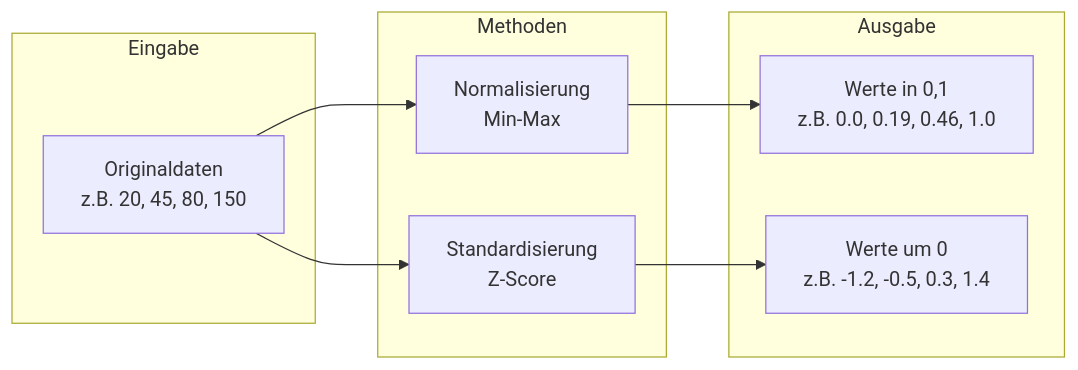
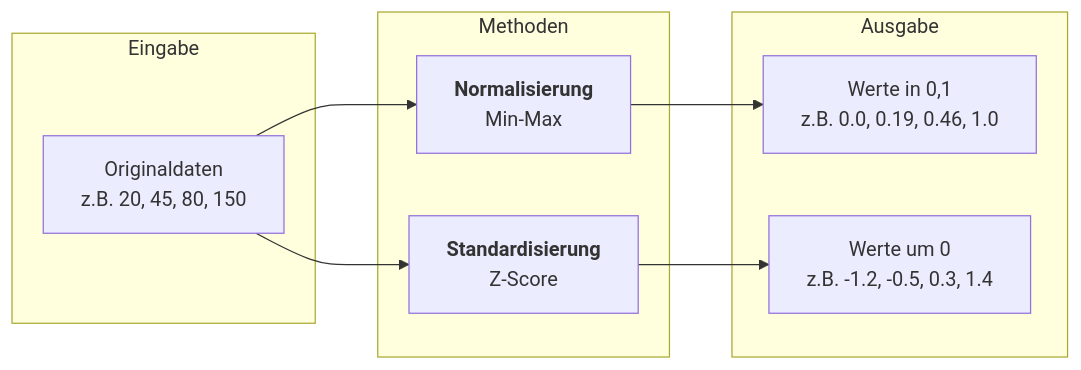
The second of 6 diagrams in docs/concepts/prepare/skalierung.md (ralf-42/ML_Intro), drawn with Mermaid before and after one commit. The commit also changed other lines of this file and 4 other files, not shown here.

````diff
--- a/docs/concepts/prepare/skalierung.md
+++ b/docs/concepts/prepare/skalierung.md
@@ -86,21 +87,21 @@
 ```mermaid
 flowchart LR
     subgraph input[Eingabe]
         A[Originaldaten<br/>z.B. 20, 45, 80, 150]
     end
     
     subgraph methods[Methoden]
-        B[Normalisierung<br/>Min-Max]
-        C[Standardisierung<br/>Z-Score]
+        B[<b>Normalisierung</b><br/>Min-Max]
+        C[<b>Standardisierung</b><br/>Z-Score]
     end
     
     subgraph output[Ausgabe]
         D[Werte in 0,1<br/>z.B. 0.0, 0.19, 0.46, 1.0]
         E[Werte um 0<br/>z.B. -1.2, -0.5, 0.3, 1.4]
     end
     
     A --> B
     A --> C
     B --> D
     C --> E
 ```
````
